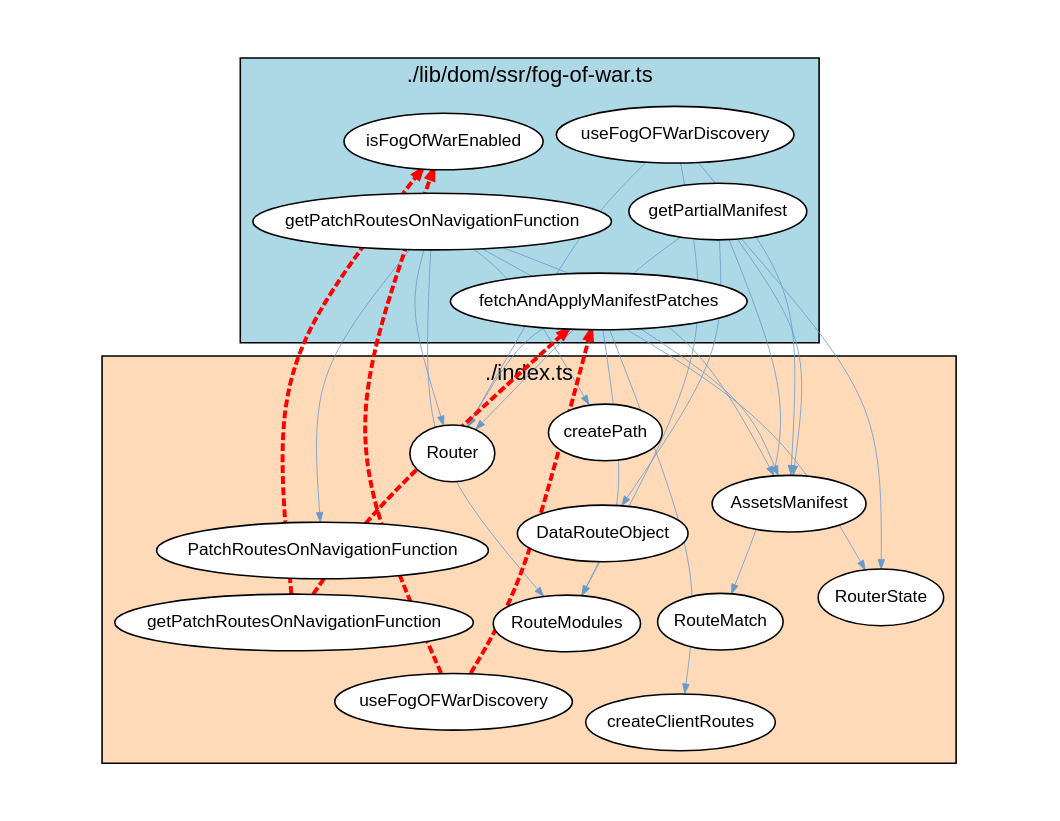
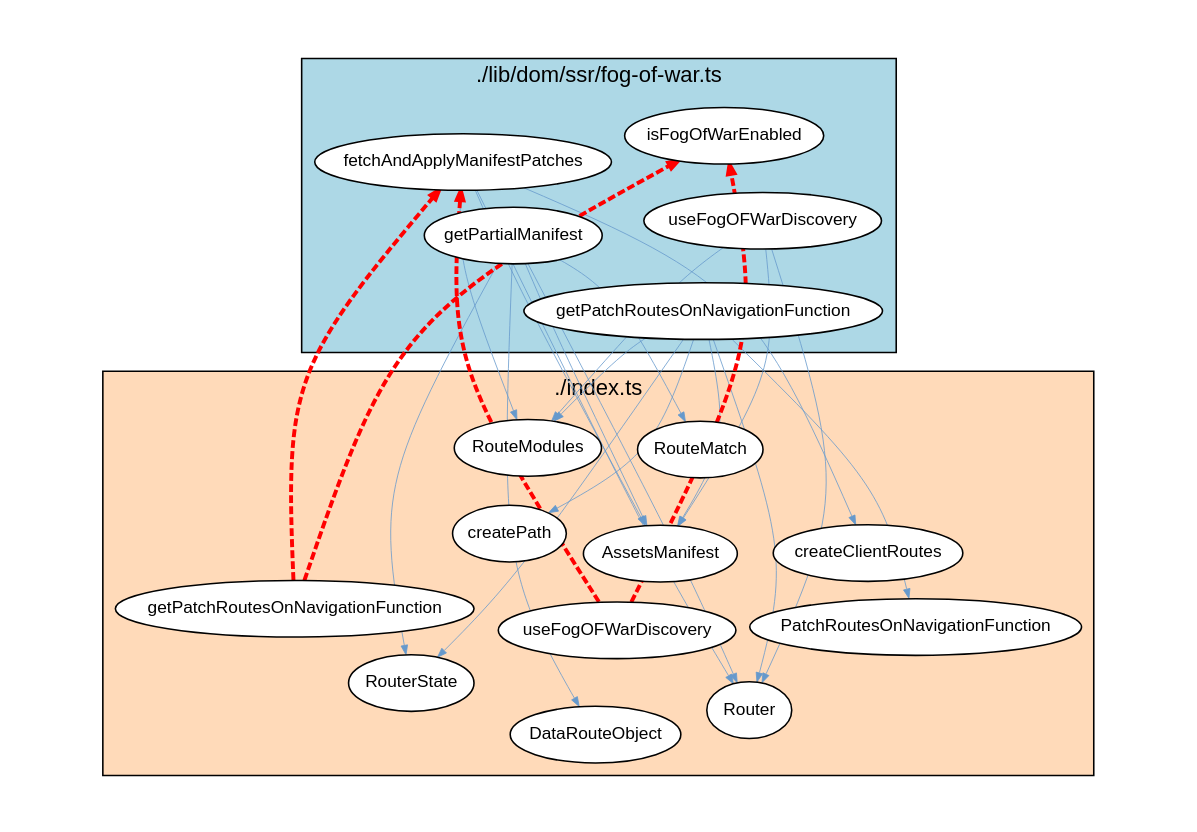
The diagram in analysis-results/react-router/latest/cyclic-dependencies/Typescript_Module/Graph_Visualizations/graphviz/TypescriptModuleCyclicDependencies5.gv (JohT/code-graph-analysis-examples), drawn with Graphviz before and after one commit. The commit also changed other lines of this file and 347 other files, not shown here.

```diff
--- a/analysis-results/react-router/latest/cyclic-dependencies/Typescript_Module/Graph_Visualizations/graphviz/TypescriptModuleCyclicDependencies5.gv
+++ b/analysis-results/react-router/latest/cyclic-dependencies/Typescript_Module/Graph_Visualizations/graphviz/TypescriptModuleCyclicDependencies5.gv
@@ -1,58 +1,58 @@
 strict digraph cycle {
     graph [layout = "fdp"; start = "7"; splines = "curved"; pad = "0.8,0.4"; outputorder = "edgesfirst";];
     graph [fontname = "Helvetica,Arial,sans-serif"; labelloc = "t";];
     node [fontname = "Helvetica,Arial,sans-serif"; style = "filled"; fillcolor = "white";];
     node [fontsize = 11; margin = "0.05,0.05";];
     edge [fontsize = 9; arrowsize = "0.6";];
 
     subgraph cluster_package {
         label="./lib/dom/ssr/fog-of-war.ts";
         style="filled";
         fillcolor="lightblue";
         "fetchAndApplyManifestPatches";
         "getPartialManifest";
+        "getPatchRoutesOnNavigationFunction_pkg" [label="getPatchRoutesOnNavigationFunction"];
         "useFogOFWarDiscovery_pkg" [label="useFogOFWarDiscovery"];
-        "getPatchRoutesOnNavigationFunction_pkg" [label="getPatchRoutesOnNavigationFunction"];
         "isFogOfWarEnabled";
     }
 
     subgraph cluster_dependent {
         label="./index.ts";
         style="filled";
         fillcolor="peachpuff";
         "RouterState";
         "AssetsManifest";
         "PatchRoutesOnNavigationFunction";
         "DataRouteObject";
         "getPatchRoutesOnNavigationFunction_dep" [label="getPatchRoutesOnNavigationFunction"];
         "useFogOFWarDiscovery_dep" [label="useFogOFWarDiscovery"];
         "RouteModules";
         "Router";
         "RouteMatch";
         "createPath";
         "createClientRoutes";
     }
 
+    "getPatchRoutesOnNavigationFunction_pkg" -> "Router" [color="#6699CC"; penwidth="0.5"];
     "fetchAndApplyManifestPatches" -> "Router" [color="#6699CC"; penwidth="0.5"];
-    "getPatchRoutesOnNavigationFunction_pkg" -> "Router" [color="#6699CC"; penwidth="0.5"];
+    "fetchAndApplyManifestPatches" -> "AssetsManifest" [color="#6699CC"; penwidth="0.5"];
     "getPatchRoutesOnNavigationFunction_pkg" -> "AssetsManifest" [color="#6699CC"; penwidth="0.5"];
-    "fetchAndApplyManifestPatches" -> "AssetsManifest" [color="#6699CC"; penwidth="0.5"];
     "getPatchRoutesOnNavigationFunction_pkg" -> "RouteModules" [color="#6699CC"; penwidth="0.5"];
     "fetchAndApplyManifestPatches" -> "RouteModules" [color="#6699CC"; penwidth="0.5"];
     "fetchAndApplyManifestPatches" -> "createClientRoutes" [color="#6699CC"; penwidth="0.5"];
     "getPartialManifest" -> "Router" [color="#6699CC"; penwidth="0.5"];
     "getPatchRoutesOnNavigationFunction_pkg" -> "createPath" [color="#6699CC"; penwidth="0.5"];
     "getPatchRoutesOnNavigationFunction_pkg" -> "RouterState" [color="#6699CC"; penwidth="0.5"];
     "getPartialManifest" -> "RouterState" [color="#6699CC"; penwidth="0.5"];
     "getPartialManifest" -> "AssetsManifest" [color="#6699CC"; penwidth="0.5"];
     "useFogOFWarDiscovery_pkg" -> "RouteModules" [color="#6699CC"; penwidth="0.5"];
     "getPatchRoutesOnNavigationFunction_pkg" -> "PatchRoutesOnNavigationFunction" [color="#6699CC"; penwidth="0.5"];
     "useFogOFWarDiscovery_pkg" -> "AssetsManifest" [color="#6699CC"; penwidth="0.5"];
     "getPartialManifest" -> "RouteMatch" [color="#6699CC"; penwidth="0.5"];
     "getPartialManifest" -> "DataRouteObject" [color="#6699CC"; penwidth="0.5"];
     "useFogOFWarDiscovery_pkg" -> "Router" [color="#6699CC"; penwidth="0.5"];
     "getPatchRoutesOnNavigationFunction_dep" -> "isFogOfWarEnabled" [color="red"; penwidth="2.5"; style="dashed";];
     "useFogOFWarDiscovery_dep" -> "fetchAndApplyManifestPatches" [color="red"; penwidth="2.5"; style="dashed";];
     "useFogOFWarDiscovery_dep" -> "isFogOfWarEnabled" [color="red"; penwidth="2.5"; style="dashed";];
     "getPatchRoutesOnNavigationFunction_dep" -> "fetchAndApplyManifestPatches" [color="red"; penwidth="2.5"; style="dashed";];
 }
```
